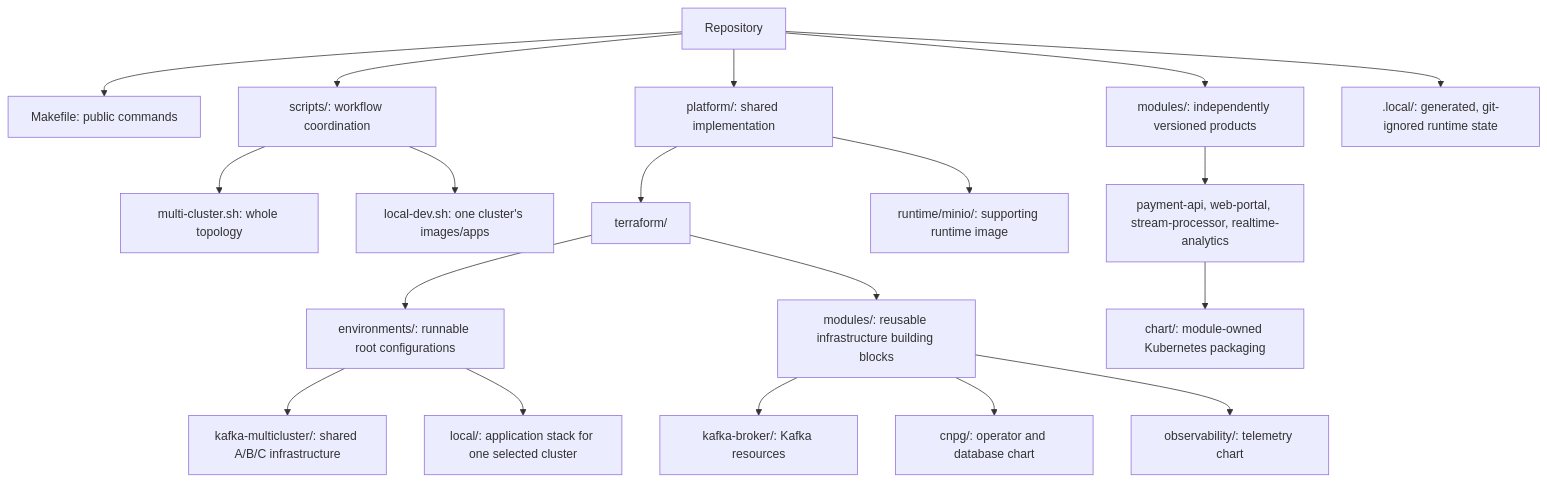
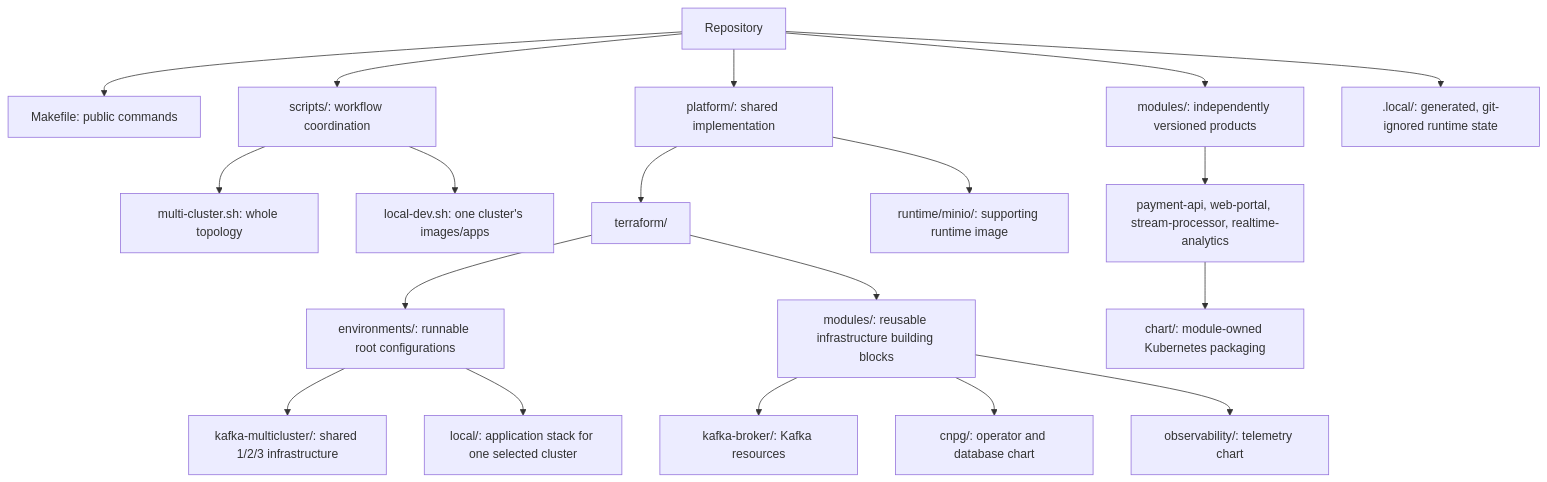
Before and after one commit to varunpathania86/realtime-payment-platform: the second of 4 diagrams in docs/architecture/local-platform-guide.md, drawn with Mermaid. The commit also changed other lines of this file and 198 other files, not shown here.

````diff
--- a/docs/architecture/local-platform-guide.md
+++ b/docs/architecture/local-platform-guide.md
@@ -56,21 +56,21 @@
 ```mermaid
 flowchart TB
     Root["Repository"] --> Make["Makefile: public commands"]
     Root --> Scripts["scripts/: workflow coordination"]
     Scripts --> Multi["multi-cluster.sh: whole topology"]
     Scripts --> Local["local-dev.sh: one cluster's images/apps"]
     Root --> Platform["platform/: shared implementation"]
     Platform --> Terraform["terraform/"]
     Terraform --> Envs["environments/: runnable root configurations"]
-    Envs --> Shared["kafka-multicluster/: shared A/B/C infrastructure"]
+    Envs --> Shared["kafka-multicluster/: shared 1/2/3 infrastructure"]
     Envs --> Apps["local/: application stack for one selected cluster"]
     Terraform --> Reuse["modules/: reusable infrastructure building blocks"]
     Reuse --> Kafka["kafka-broker/: Kafka resources"]
     Reuse --> CNPG["cnpg/: operator and database chart"]
     Reuse --> OTel["observability/: telemetry chart"]
     Platform --> Runtime["runtime/minio/: supporting runtime image"]
     Root --> Products["modules/: independently versioned products"]
     Products --> Charts["payment-api, web-portal, stream-processor, realtime-analytics"]
     Charts --> Chart["chart/: module-owned Kubernetes packaging"]
     Root --> State[".local/: generated, git-ignored runtime state"]
 ```
````
